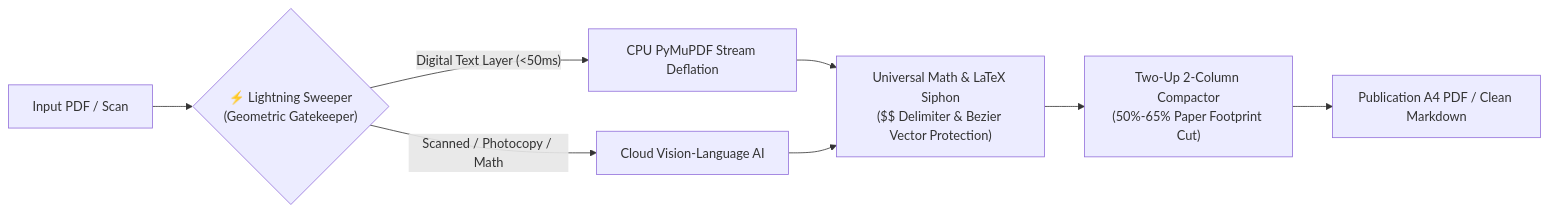
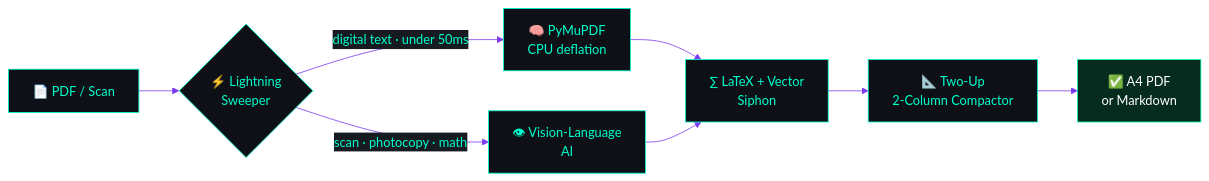
Before and after one commit to Aarish1915/Aarish1915: the first of 4 diagrams in README.md, drawn with Mermaid. The commit also changed other lines of this file, not shown here.

````diff
--- a/README.md
+++ b/README.md
@@ -55,10 +55,13 @@
 ```mermaid
+%%{init: {'theme':'base','themeVariables':{'primaryColor':'#0d1117','primaryTextColor':'#00ffcc','primaryBorderColor':'#00ffcc','lineColor':'#7c3aed','secondaryColor':'#161b22','tertiaryColor':'#0d1117','fontFamily':'monospace'}}}%%
 flowchart LR
-    In["Input PDF / Scan"] --> Sweeper{"⚡ Lightning Sweeper<br/>(Geometric Gatekeeper)"}
-    Sweeper -->|"Digital Text Layer (<50ms)"| LocalEngine["CPU PyMuPDF Stream Deflation"]
-    Sweeper -->|"Scanned / Photocopy / Math"| CloudEngine["Cloud Vision-Language AI"]
-    LocalEngine --> Siphon["Universal Math & LaTeX Siphon<br/>($$ Delimiter & Bezier Vector Protection)"]
-    CloudEngine --> Siphon
-    Siphon --> Compactor["Two-Up 2-Column Compactor<br/>(50%-65% Paper Footprint Cut)"]
-    Compactor --> Out["Publication A4 PDF / Clean Markdown"]
+    A["📄 PDF / Scan"] --> B{"⚡ Lightning<br/>Sweeper"}
+    B -->|"digital text · under 50ms"| C["🧠 PyMuPDF<br/>CPU deflation"]
+    B -->|"scan · photocopy · math"| D["👁 Vision-Language<br/>AI"]
+    C --> E["∑ LaTeX + Vector<br/>Siphon"]
+    D --> E
+    E --> F["📐 Two-Up<br/>2-Column Compactor"]
+    F --> G["✅ A4 PDF<br/>or Markdown"]
+    classDef good fill:#062b1f,stroke:#00ff9d,color:#ffffff
+    class G good
 ```
````
